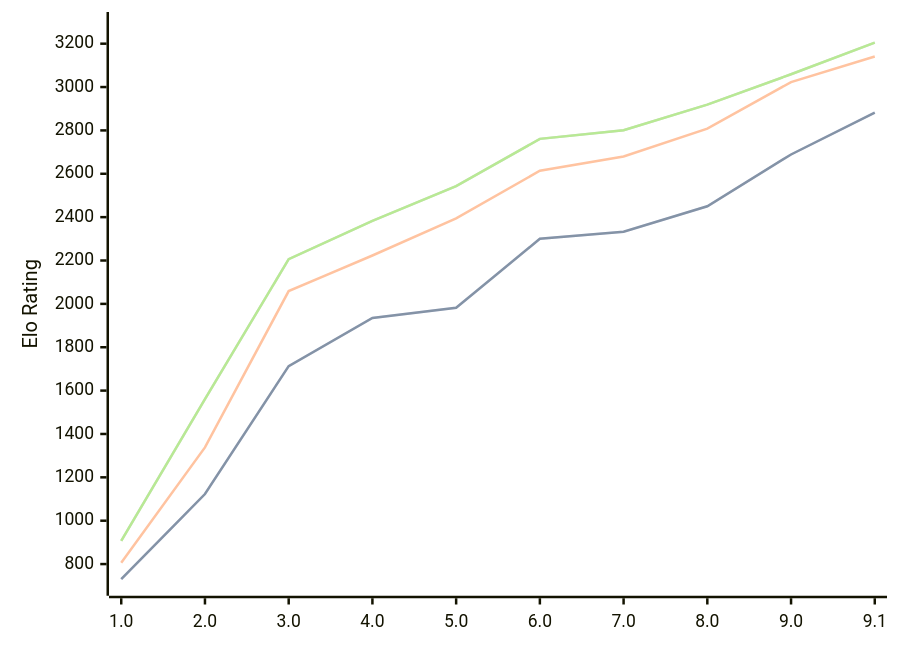
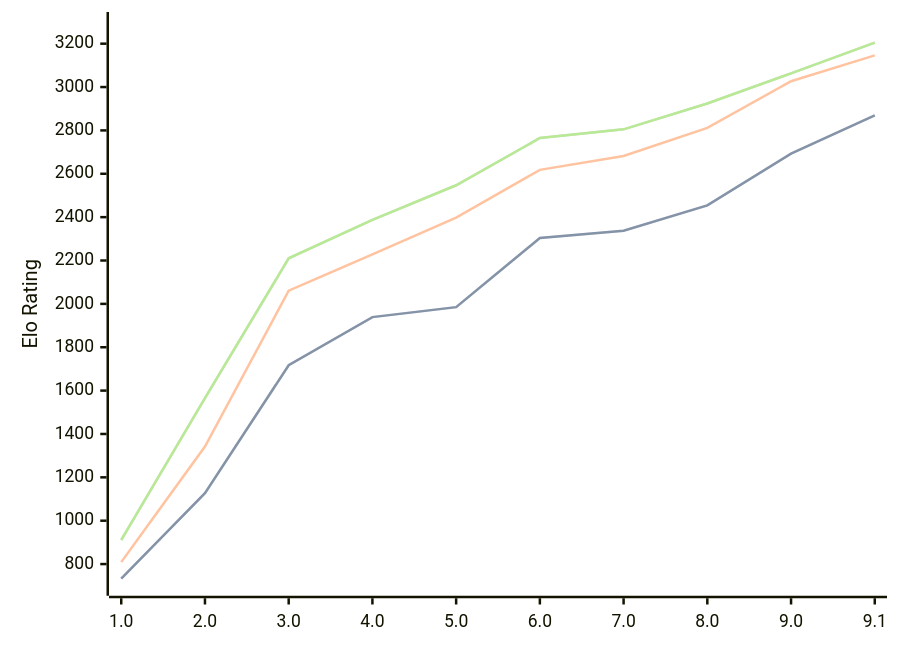
One commit to computer-chess-index/cci changed the diagram in engines/Pea.md. Above: the diagram before and after it, drawn with Mermaid. The commit also changed other lines of this file, not shown here.

Commit message:
Update CCI Ratings (ELO VLTC) - 2026-08-18

````diff
--- a/engines/Pea.md
+++ b/engines/Pea.md
@@ -40,11 +40,11 @@
 ```mermaid
 %%{init: {"theme":"base","themeVariables":{"seriesColors:['#a3a3a3','#222221','#faa371']}}}%%
 xychart-beta
   x-axis ["1.0", "2.0", "3.0", "4.0", "5.0", "6.0", "7.0", "8.0", "9.0", "9.1"]
   y-axis "Elo Rating" 700 --> 3300
-  line "STC (8.0+0.08s)" [730, 1123, 1713, 1935, 1982, 2300, 2333, 2450, 2689, 2882]
-  line "STC (8.0+0.08s)" [730, 1123, 1713, 1935, 1982, 2300, 2333, 2450, 2689, 2882]
-  line "LTC (60.0+0.60s)" [806, 1338, 2059, 2223, 2394, 2614, 2680, 2808, 3023, 3141]
-  line "VLTC (2m24s+1.12s)" [907, 1561, 2206, 2383, 2543, 2761, 2801, 2919, 3059, 3205]
-  line "VLTC (2m24s+1.12s)" [907, 1561, 2206, 2383, 2543, 2761, 2801, 2919, 3059, 3205]
+  line "STC (8.0+0.08s)" [733, 1127, 1717, 1939, 1985, 2304, 2337, 2454, 2693, 2869]
+  line "STC (8.0+0.08s)" [733, 1127, 1717, 1939, 1985, 2304, 2337, 2454, 2693, 2869]
+  line "LTC (60.0+0.60s)" [809, 1342, 2061, 2228, 2398, 2618, 2682, 2812, 3027, 3146]
+  line "VLTC (2m24s+1.12s)" [911, 1565, 2210, 2387, 2547, 2765, 2805, 2924, 3063, 3205]
+  line "VLTC (2m24s+1.12s)" [911, 1565, 2210, 2387, 2547, 2765, 2805, 2924, 3063, 3205]
 ```
````
